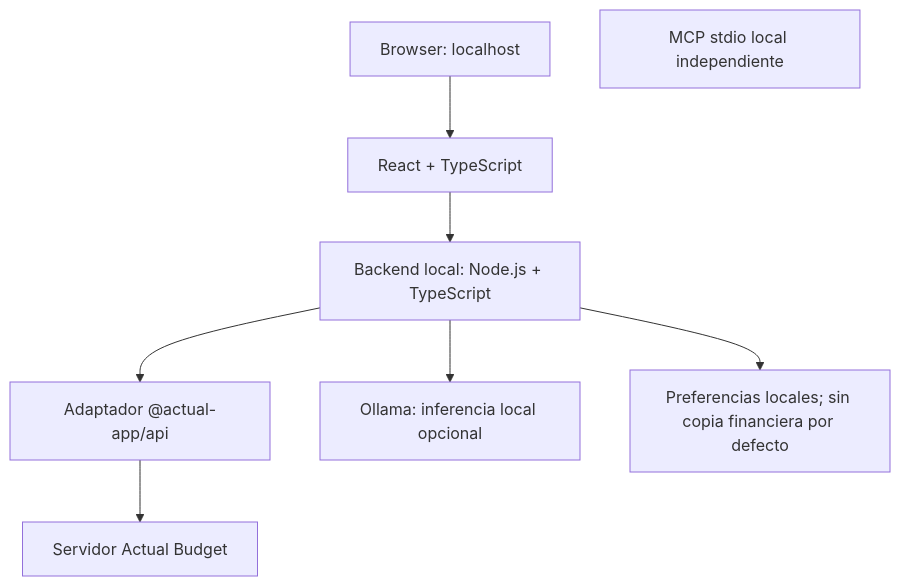
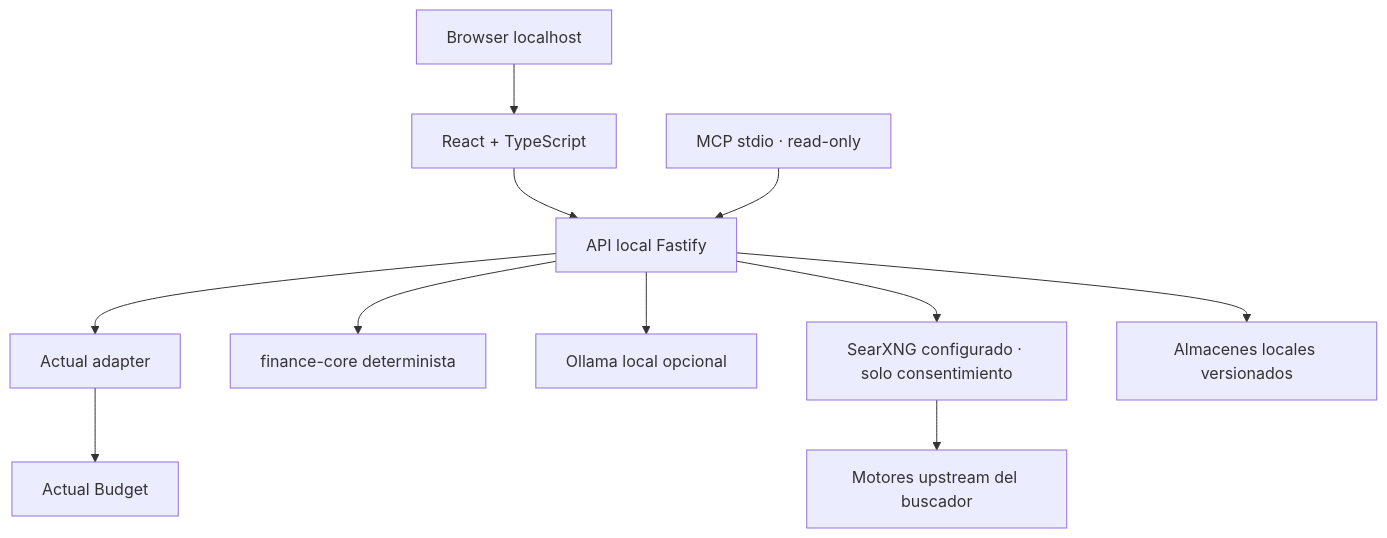
Before and after one commit to miguel-np/personal-budget: the diagram in docs/architecture.md, drawn with Mermaid. The commit also changed other lines of this file and 25 other files, not shown here.

````diff
--- a/docs/architecture.md
+++ b/docs/architecture.md
@@ -7,10 +7,13 @@
-```mermaid
+~~~mermaid
 flowchart TD
-  U[Browser: localhost] --> W[React + TypeScript]
-  W --> B[Backend local: Node.js + TypeScript]
-  B --> A[Adaptador @actual-app/api]
-  A --> AB[Servidor Actual Budget]
-  B --> O[Ollama: inferencia local opcional]
-  M[MCP stdio local independiente]
-  B --> P[Preferencias locales; sin copia financiera por defecto]
-```
+  U[Browser localhost] --> W[React + TypeScript]
+  W --> B[API local Fastify]
+  B --> A[Actual adapter]
+  A --> AB[Actual Budget]
+  B --> F[finance-core determinista]
+  B --> O[Ollama local opcional]
+  B --> S[SearXNG configurado · solo consentimiento]
+  S --> X[Motores upstream del buscador]
+  B --> P[Almacenes locales versionados]
+  M[MCP stdio · read-only] --> B
+~~~
````
